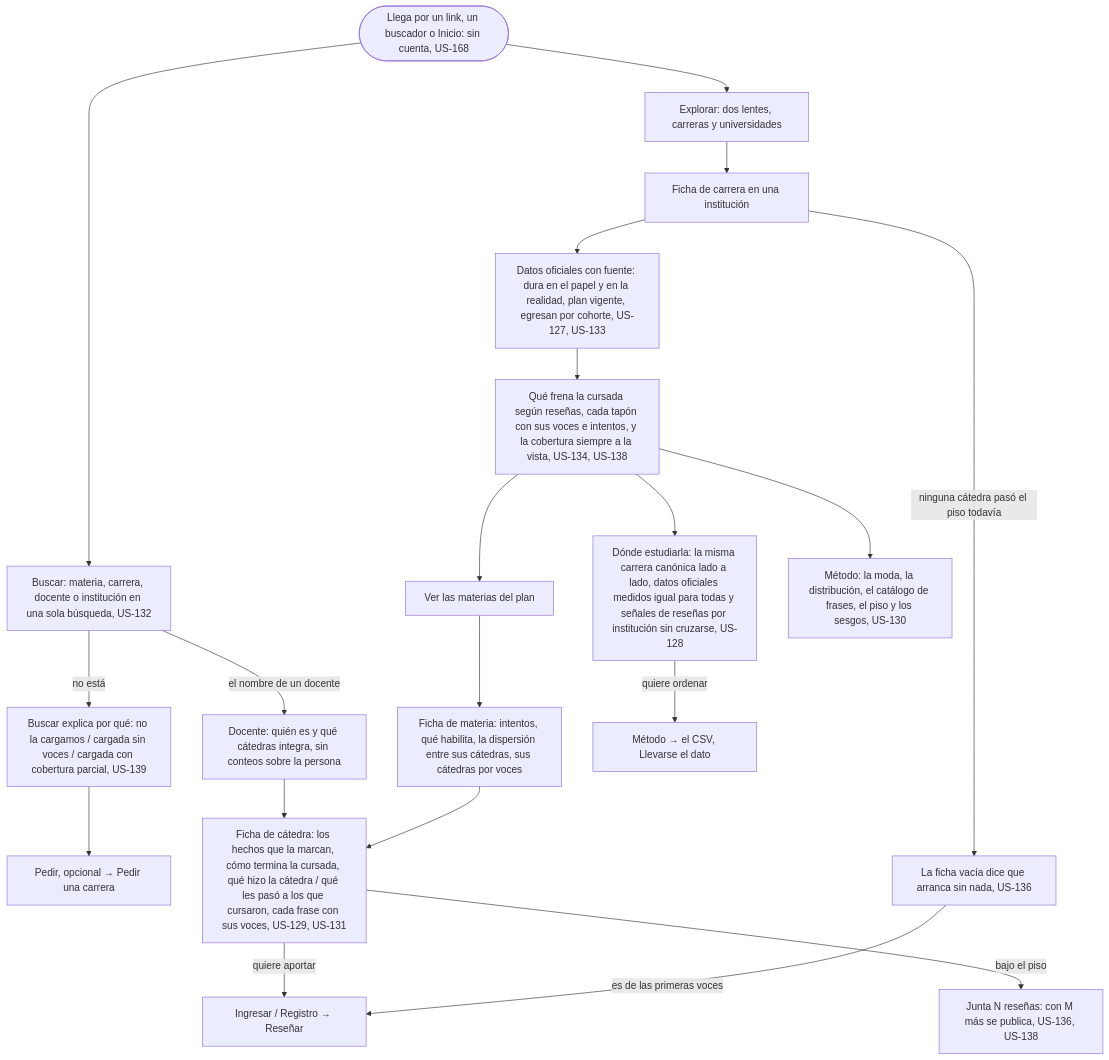
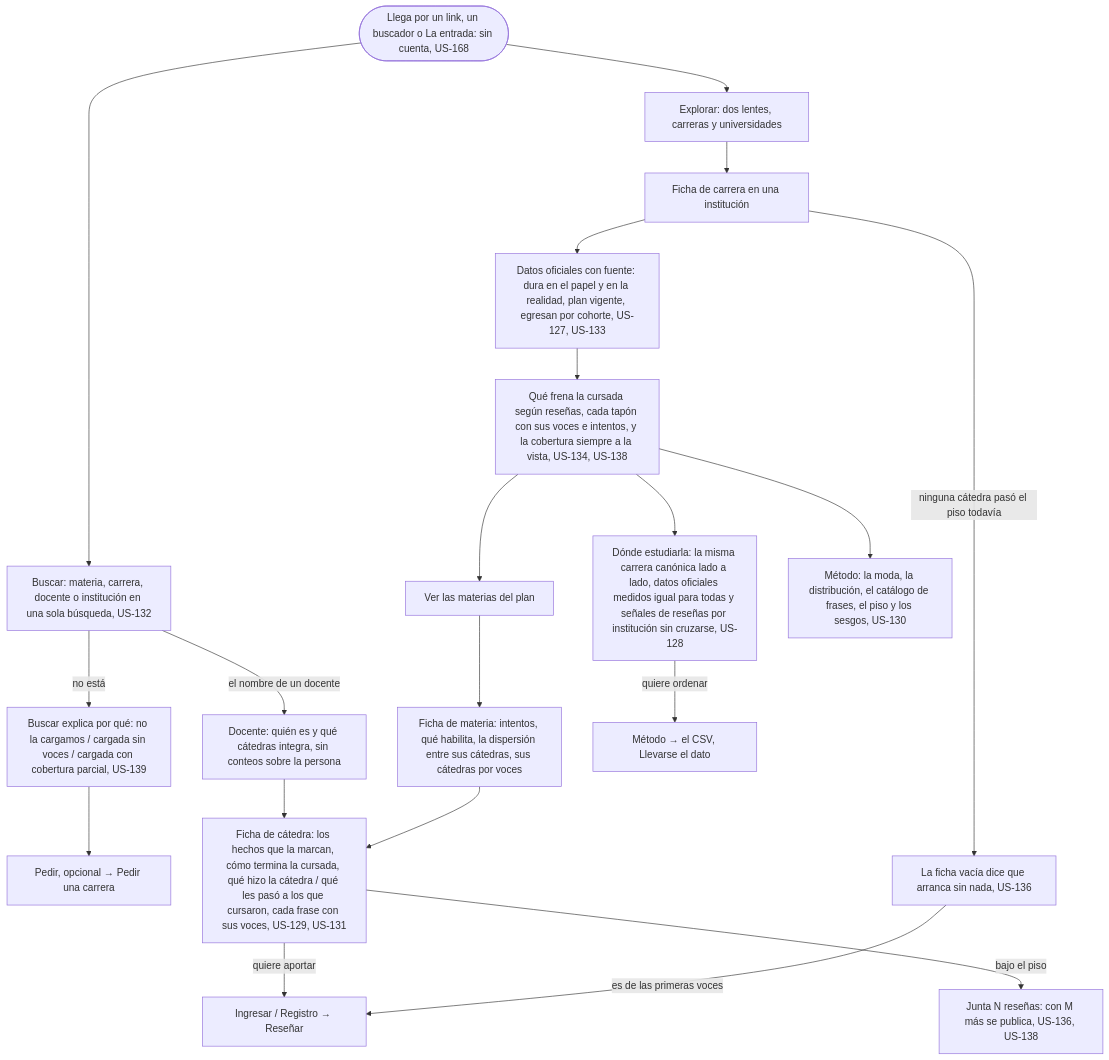
One commit to lucasidev/plan-b changed the diagram in docs/product/student/choose-where-to-study/flow.md. Above: the diagram before and after it, drawn with Mermaid. The commit also changed other lines of this file and 105 other files, not shown here.

````diff
--- a/docs/product/student/choose-where-to-study/flow.md
+++ b/docs/product/student/choose-where-to-study/flow.md
@@ -5,22 +5,22 @@
 ```mermaid
 flowchart TD
-  A([Llega por un link, un buscador o Inicio: sin cuenta, US-168]) --> B[Explorar: dos lentes, carreras y universidades]
+  A([Llega por un link, un buscador o La entrada: sin cuenta, US-168]) --> B[Explorar: dos lentes, carreras y universidades]
   A --> S[Buscar: materia, carrera, docente o institución en una sola búsqueda, US-132]
   S -->|el nombre de un docente| S1[Docente: quién es y qué cátedras integra, sin conteos sobre la persona]
   S -->|no está| S2[Buscar explica por qué: no la cargamos / cargada sin voces / cargada con cobertura parcial, US-139]
   S2 --> S3[Pedir, opcional → Pedir una carrera]
   S1 --> E2
   B --> C[Ficha de carrera en una institución]
   C -->|ninguna cátedra pasó el piso todavía| C3[La ficha vacía dice que arranca sin nada, US-136]
   C --> C1[Datos oficiales con fuente: dura en el papel y en la realidad, plan vigente, egresan por cohorte, US-127, US-133]
   C1 --> C2[Qué frena la cursada según reseñas, cada tapón con sus voces e intentos, y la cobertura siempre a la vista, US-134, US-138]
   C2 --> D[Ver las materias del plan]
   D --> E[Ficha de materia: intentos, qué habilita, la dispersión entre sus cátedras, sus cátedras por voces]
   E --> E2[Ficha de cátedra: los hechos que la marcan, cómo termina la cursada, qué hizo la cátedra / qué les pasó a los que cursaron, cada frase con sus voces, US-129, US-131]
   E2 -->|bajo el piso| E1[Junta N reseñas: con M más se publica, US-136, US-138]
   C2 --> F[Dónde estudiarla: la misma carrera canónica lado a lado, datos oficiales medidos igual para todas y señales de reseñas por institución sin cruzarse, US-128]
   F -->|quiere ordenar| F2[Método → el CSV, Llevarse el dato]
   C2 --> G[Método: la moda, la distribución, el catálogo de frases, el piso y los sesgos, US-130]
   E2 -->|quiere aportar| H[Ingresar / Registro → Reseñar]
   C3 -->|es de las primeras voces| H
 ```
````
